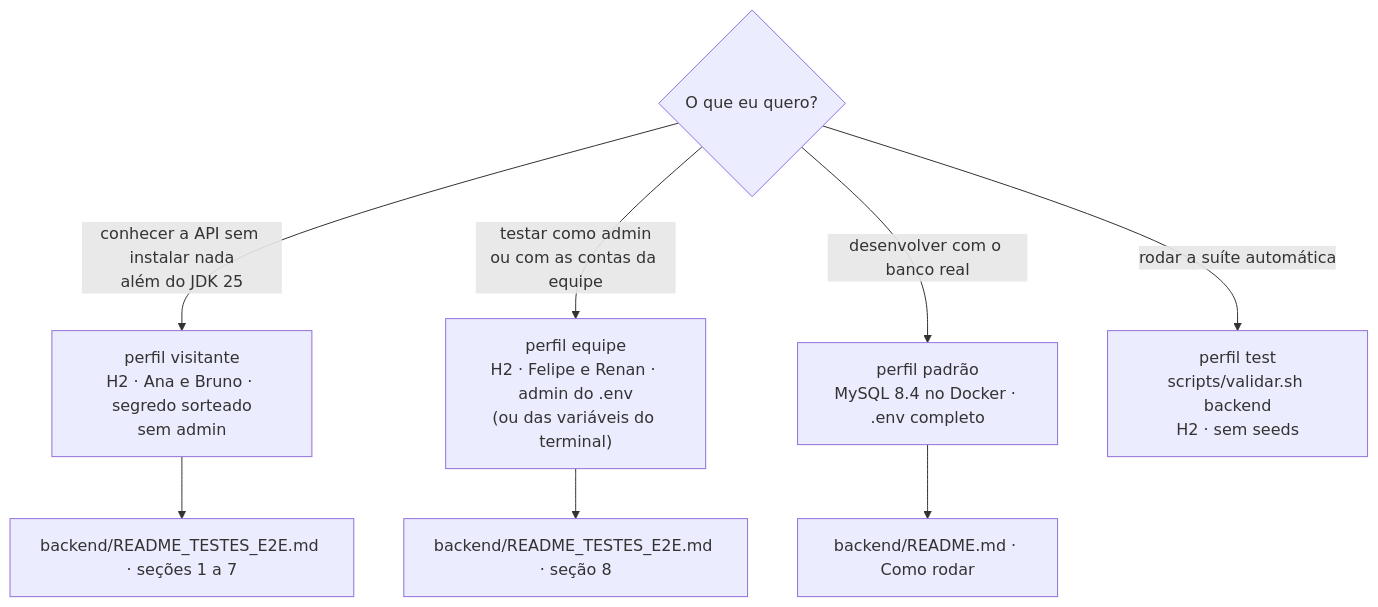
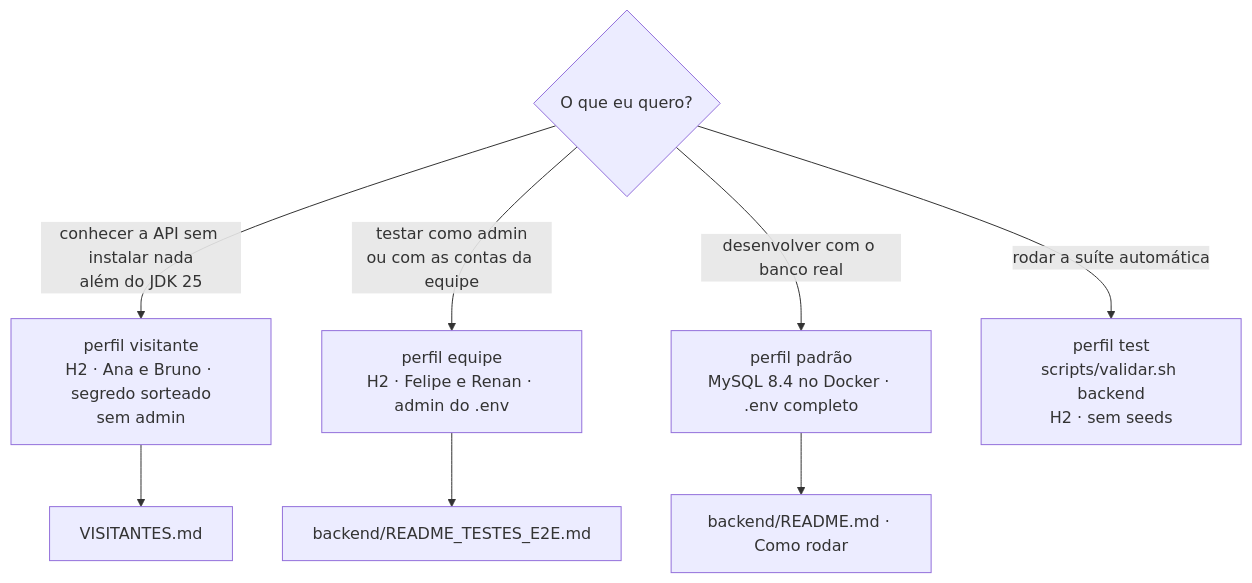
One commit to k3vinrich4rd/rkf_bank changed the ninth of 11 diagrams in FLUXOS.md. Above: the diagram before and after it, drawn with Mermaid. The commit also changed other lines of this file and 19 other files, not shown here.

````diff
--- a/FLUXOS.md
+++ b/FLUXOS.md
@@ -315,10 +487,10 @@
 ```mermaid
 flowchart TD
     Q{"O que eu quero?"} -->|"conhecer a API sem instalar nada<br/>além do JDK 25"| VIS["perfil visitante<br/>H2 · Ana e Bruno · segredo sorteado<br/>sem admin"]
-    Q -->|"testar como admin<br/>ou com as contas da equipe"| EQ["perfil equipe<br/>H2 · Felipe e Renan · admin do .env<br/>(ou das variáveis do terminal)"]
+    Q -->|"testar como admin<br/>ou com as contas da equipe"| EQ["perfil equipe<br/>H2 · Felipe e Renan · admin do .env"]
     Q -->|"desenvolver com o banco real"| PAD["perfil padrão<br/>MySQL 8.4 no Docker · .env completo"]
     Q -->|"rodar a suíte automática"| TST["perfil test<br/>scripts/validar.sh backend<br/>H2 · sem seeds"]
-    VIS --> G1["backend/README_TESTES_E2E.md · seções 1 a 7"]
-    EQ --> G2["backend/README_TESTES_E2E.md · seção 8"]
+    VIS --> G1["VISITANTES.md"]
+    EQ --> G2["backend/README_TESTES_E2E.md"]
     PAD --> G3["backend/README.md · Como rodar"]
 ```
````
